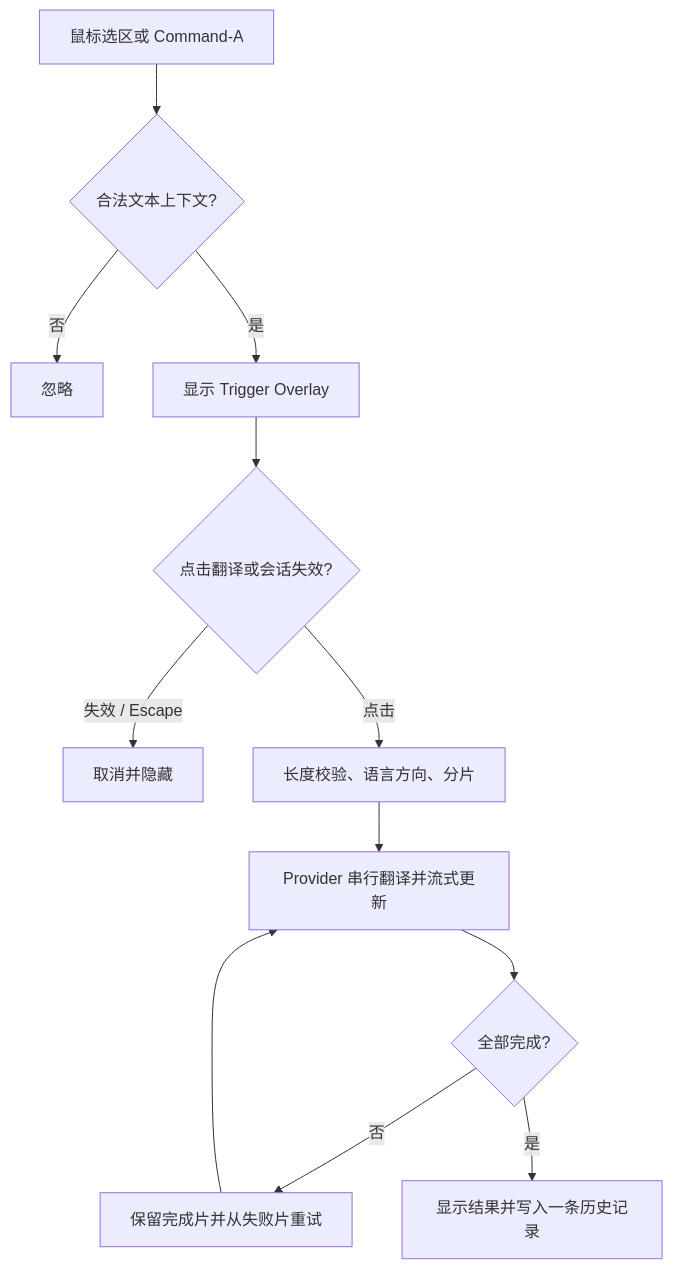
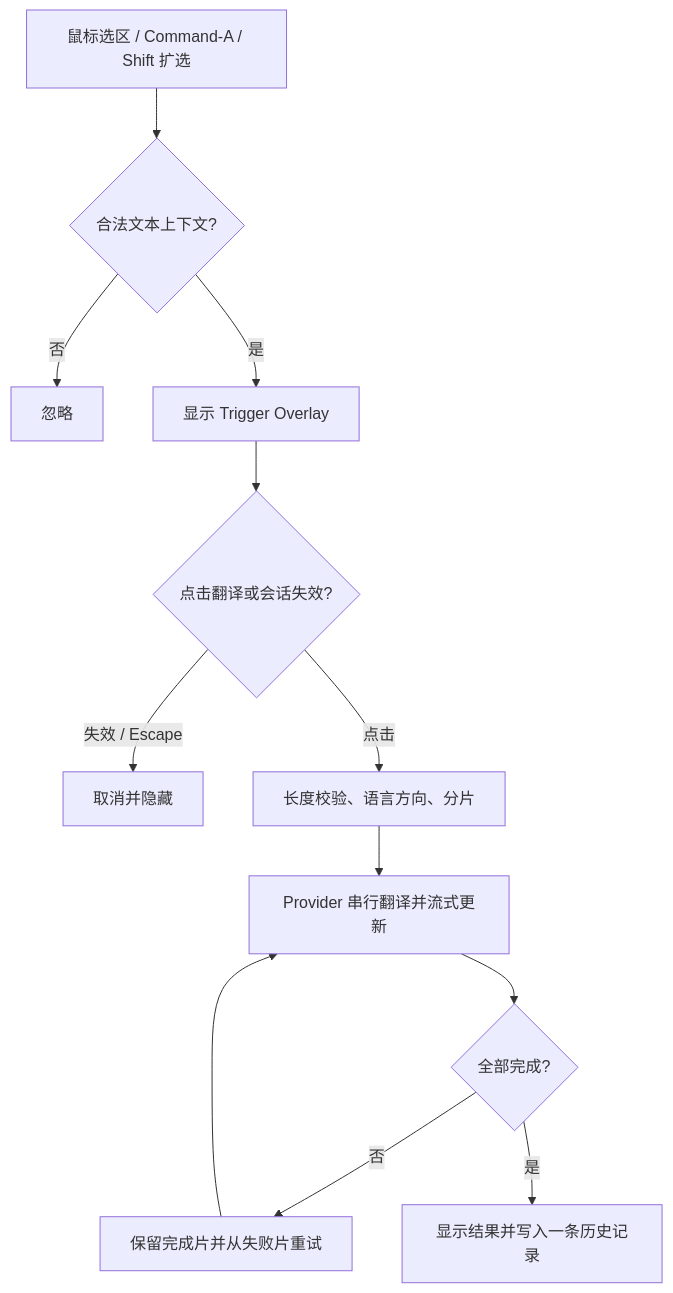
Before and after one commit to 1504101951/translateApp: the second of 2 diagrams in docs/architecture.md, drawn with Mermaid. The commit also changed other lines of this file and 22 other files, not shown here.

````diff
--- a/docs/architecture.md
+++ b/docs/architecture.md
@@ -20,14 +20,14 @@
 ```mermaid
 flowchart TD
-    A[鼠标选区或 Command-A] --> B{合法文本上下文?}
+    A[鼠标选区 / Command-A / Shift 扩选] --> B{合法文本上下文?}
     B -- 否 --> C[忽略]
     B -- 是 --> D[显示 Trigger Overlay]
     D --> E{点击翻译或会话失效?}
     E -- 失效 / Escape --> F[取消并隐藏]
     E -- 点击 --> G[长度校验、语言方向、分片]
     G --> H[Provider 串行翻译并流式更新]
     H --> I{全部完成?}
     I -- 否 --> J[保留完成片并从失败片重试]
     J --> H
     I -- 是 --> K[显示结果并写入一条历史记录]
 ```
````
